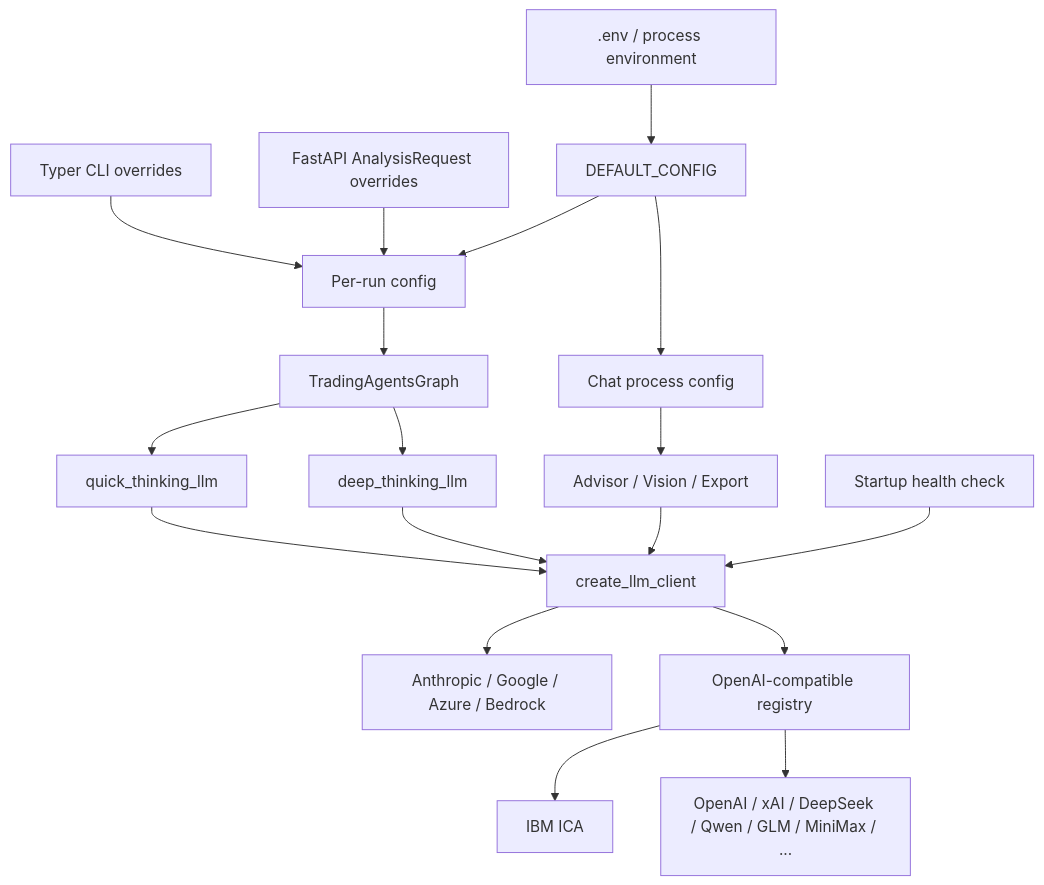
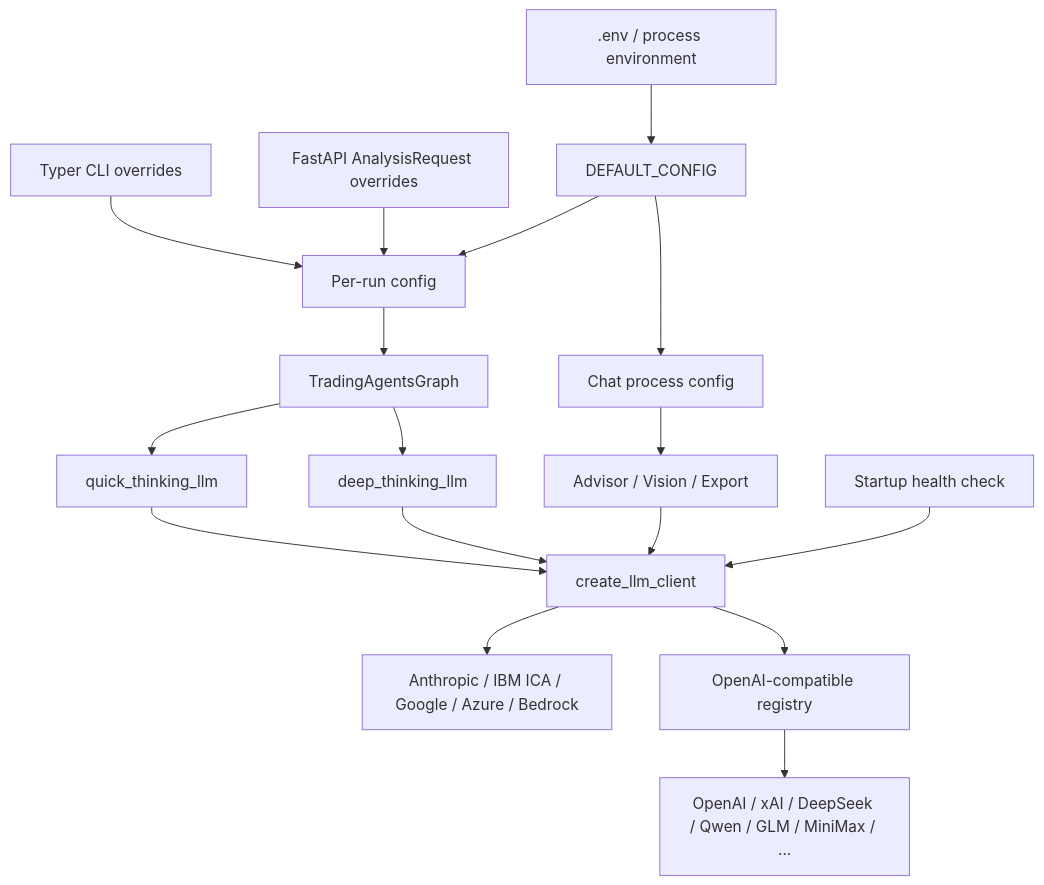
One commit to solodonut/TradingAgents changed the diagram in docs/llm-api-architecture.md. Above: the diagram before and after it, drawn with Mermaid. The commit also changed other lines of this file and 5 other files, not shown here.

Commit message:
docs(llm): document ICA Anthropic messages API

````diff
--- a/docs/llm-api-architecture.md
+++ b/docs/llm-api-architecture.md
@@ -39,23 +39,22 @@
 ```mermaid
 flowchart TB
     Env[.env / process environment] --> Defaults[DEFAULT_CONFIG]
     CLI[Typer CLI overrides] --> RunConfig[Per-run config]
     API[FastAPI AnalysisRequest overrides] --> RunConfig
     Defaults --> RunConfig
     Defaults --> ChatConfig[Chat process config]
 
     RunConfig --> Graph[TradingAgentsGraph]
     Graph --> Quick[quick_thinking_llm]
     Graph --> Deep[deep_thinking_llm]
     ChatConfig --> Chat[Advisor / Vision / Export]
 
     Quick --> Factory[create_llm_client]
     Deep --> Factory
     Chat --> Factory
     Health[Startup health check] --> Factory
 
-    Factory --> Native[Anthropic / Google / Azure / Bedrock]
+    Factory --> Native[Anthropic / IBM ICA / Google / Azure / Bedrock]
     Factory --> Compat[OpenAI-compatible registry]
-    Compat --> ICA[IBM ICA]
     Compat --> Other[OpenAI / xAI / DeepSeek / Qwen / GLM / MiniMax / ...]
 ```
````
